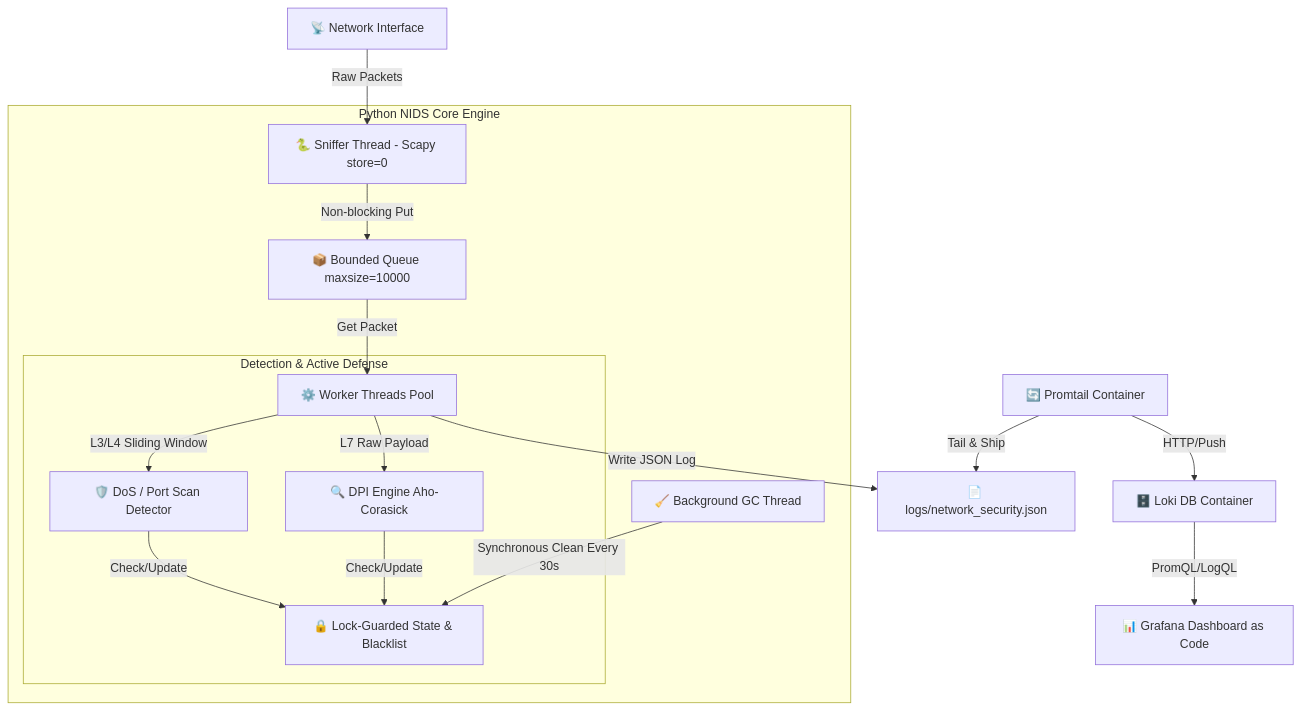
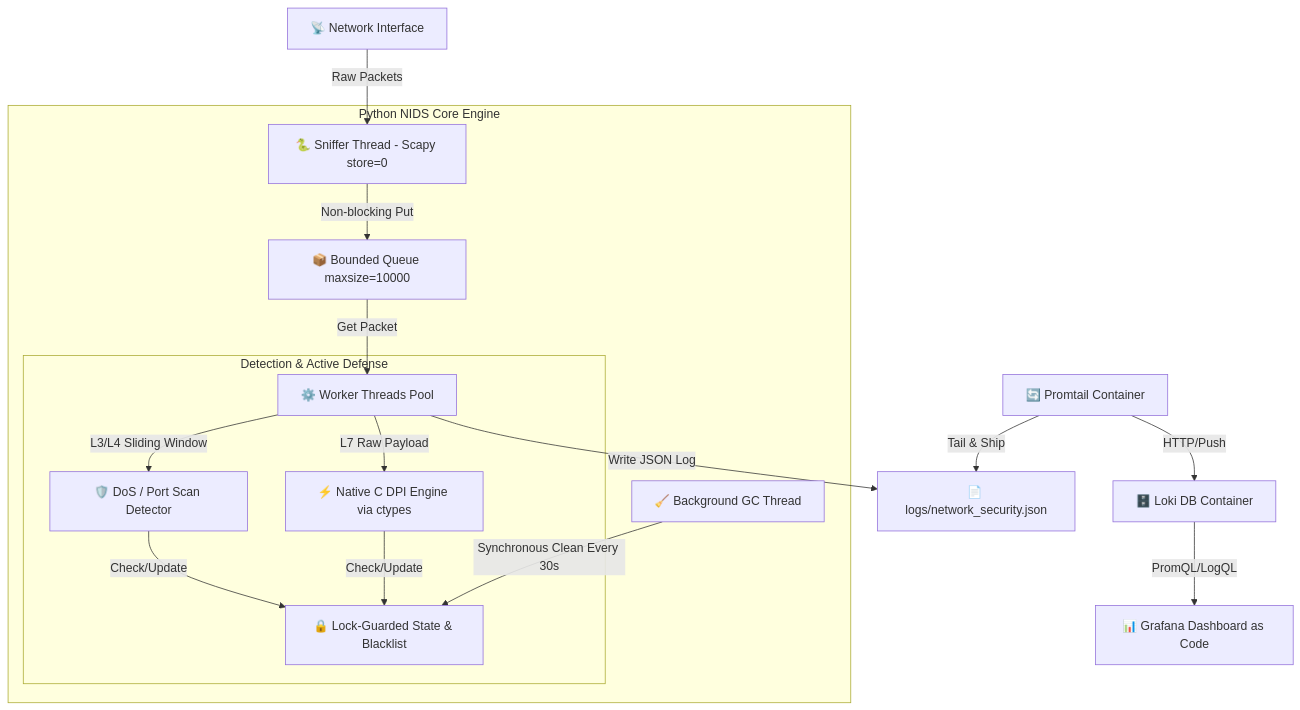
The diagram in README.md (RazEini/NetGuard), drawn with Mermaid before and after one commit. The commit also changed other lines of this file, not shown here.

First line of the commit message:
Revise README for DPI Engine enhancements

````diff
--- a/README.md
+++ b/README.md
@@ -28,25 +28,25 @@
 ```mermaid
 graph TD
     %% Traffic Input
     NIC[📡 Network Interface] -->|Raw Packets| SnifferThread[🐍 Sniffer Thread - Scapy store=0]
     
     %% Core Engine
     subgraph Engine [Python NIDS Core Engine]
         SnifferThread -->|Non-blocking Put| Queue[📦 Bounded Queue maxsize=10000]
         Queue -->|Get Packet| Worker[⚙️ Worker Threads Pool]
         
         subgraph Detection [Detection & Active Defense]
             Worker -->|L3/L4 Sliding Window| Anomaly[🛡️ DoS / Port Scan Detector]
-            Worker -->|L7 Raw Payload| DPI[🔍 DPI Engine Aho-Corasick]
+            Worker -->|L7 Raw Payload| DPI[⚡ Native C DPI Engine via ctypes]
             Anomaly & DPI -->|Check/Update| State[🔒 Lock-Guarded State & Blacklist]
         end
         
         GC[🧹 Background GC Thread] -->|Synchronous Clean Every 30s| State
     end
 
     %% Logging & Observability
     Worker -->|Write JSON Log| LogFile[📄 logs/network_security.json]
     Promtail[🔄 Promtail Container] -->|Tail & Ship| LogFile
     Promtail -->|HTTP/Push| Loki[🗄️ Loki DB Container]
     Loki -->|PromQL/LogQL| Grafana[📊 Grafana Dashboard as Code]
 ```
````
